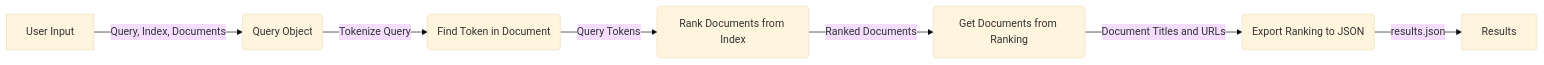
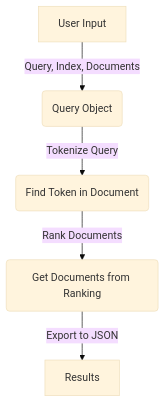
The diagram in README.md (odi77/web-query-expansion), drawn with Mermaid (base theme) before and after one commit.

Commit message:
README update

````diff
--- a/README.md
+++ b/README.md
@@ -7,9 +7,7 @@
 ```mermaid
-graph LR;
+graph TD;
   A[User Input] -->|Query, Index, Documents| B(Query Object)
   B -->|Tokenize Query| C(Find Token in Document)
-  C -->|Query Tokens| D(Rank Documents from Index)
-  D -->|Ranked Documents| E(Get Documents from Ranking)
-  E -->|Document Titles and URLs| F(Export Ranking to JSON)
-  F -->|results.json| G[Results]
+  C -->|Rank Documents| D(Get Documents from Ranking)
+  D -->|Export to JSON| E[Results]
 ```
````
